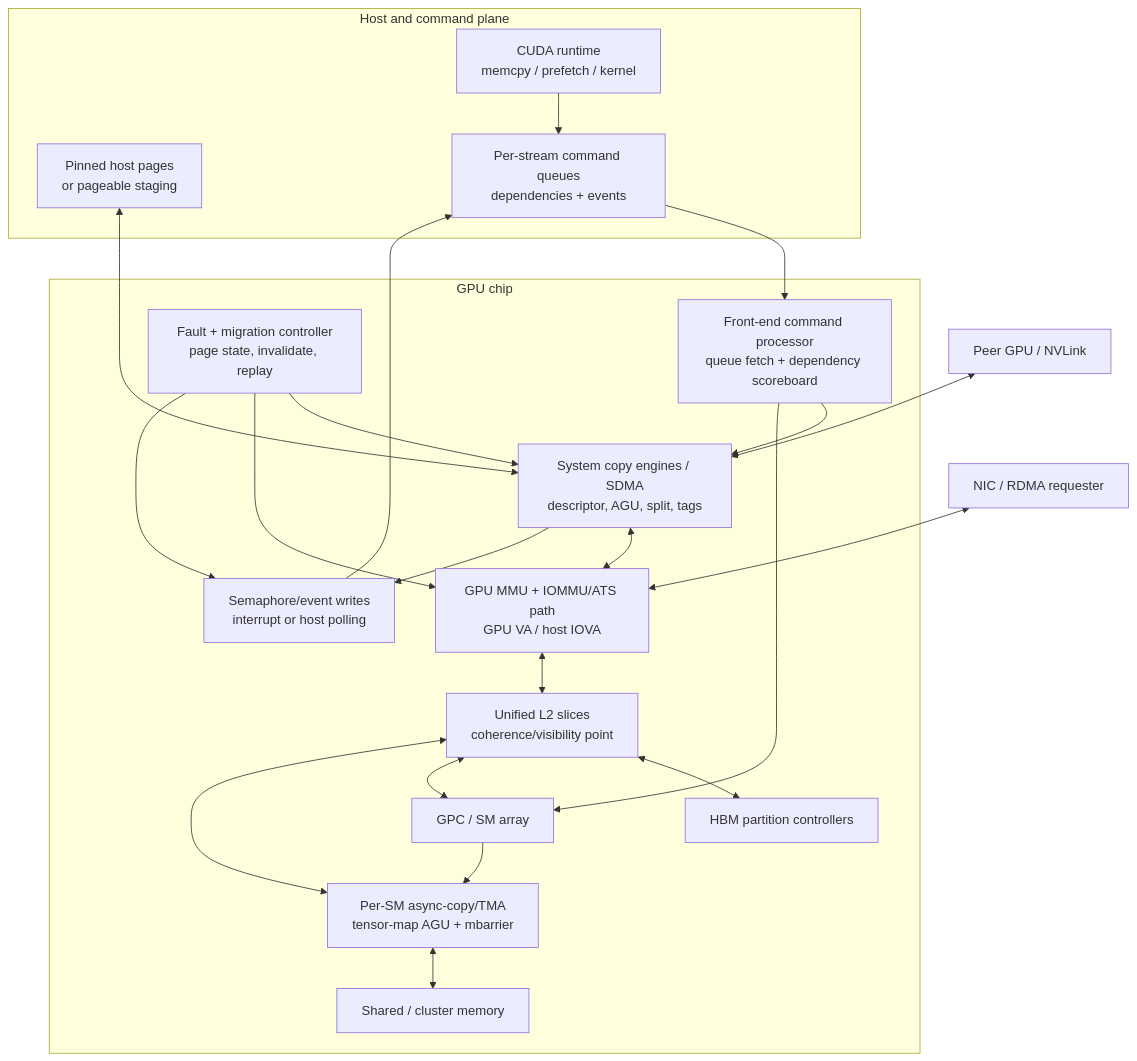
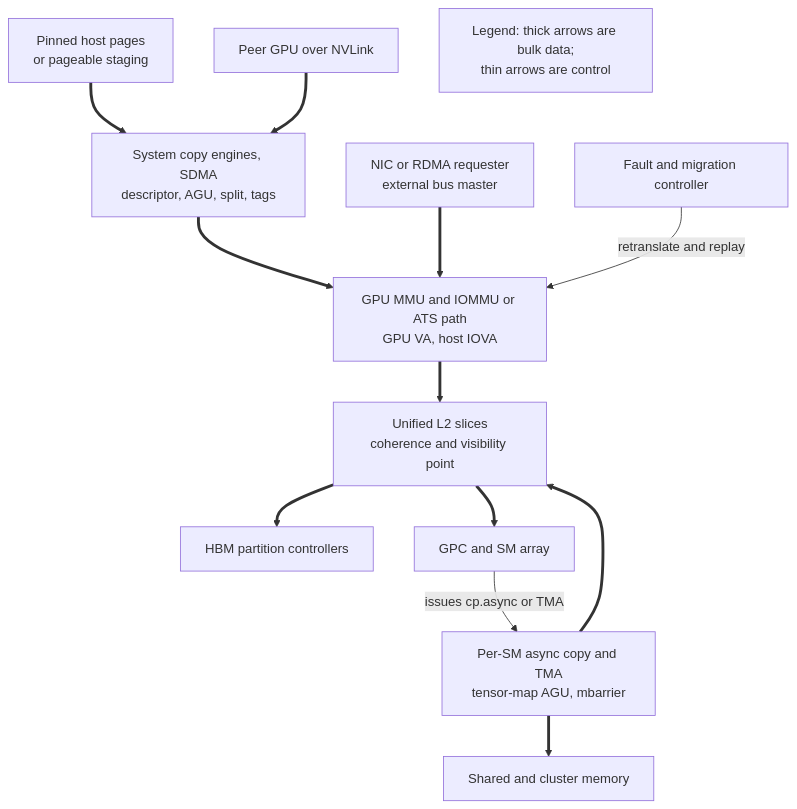
Before and after one commit to Wty2003328/silicon-design-notebook: the tenth of 10 diagrams in 01_Architecture_and_PPA/02_GPU_Architecture/01_Core_Architecture/01_GPU_Architecture.md, drawn with Mermaid. The commit also changed other lines of this file and 125 other files, not shown here.

First line of the commit message:
Complete the AMBA family, refresh the learning path, and make every figure and formula actually render

````diff
--- a/01_Architecture_and_PPA/02_GPU_Architecture/01_Core_Architecture/01_GPU_Architecture.md
+++ b/01_Architecture_and_PPA/02_GPU_Architecture/01_Core_Architecture/01_GPU_Architecture.md
@@ -536,38 +558,15 @@
 ```mermaid
 flowchart TB
-    subgraph HOST["Host and command plane"]
-        API["CUDA runtime<br/>memcpy / prefetch / kernel"]
-        PIN["Pinned host pages<br/>or pageable staging"]
-        SQ["Per-stream command queues<br/>dependencies + events"]
-    end
-
-    subgraph GPU["GPU chip"]
-        CP["Front-end command processor<br/>queue fetch + dependency scoreboard"]
-        CE["System copy engines / SDMA<br/>descriptor, AGU, split, tags"]
-        MMU["GPU MMU + IOMMU/ATS path<br/>GPU VA / host IOVA"]
-        PF["Fault + migration controller<br/>page state, invalidate, replay"]
-        L2["Unified L2 slices<br/>coherence/visibility point"]
-        HBM["HBM partition controllers"]
-        GPC["GPC / SM array"]
-        TMA["Per-SM async-copy/TMA<br/>tensor-map AGU + mbarrier"]
-        SMEM["Shared / cluster memory"]
-        CMP["Semaphore/event writes<br/>interrupt or host polling"]
-    end
-
-    PEER["Peer GPU / NVLink"] <--> CE
-    NIC["NIC / RDMA requester"] <--> MMU
-    API --> SQ --> CP
-    PIN <--> CE
-    CP --> CE
-    CP --> GPC
-    CE <--> MMU <--> L2 <--> HBM
-    PF --> CE
-    PF --> MMU
-    L2 <--> GPC
-    GPC --> TMA
-    TMA <--> L2
-    TMA <--> SMEM
-    CE --> CMP
-    PF --> CMP
-    CMP --> SQ
+    PIN["Pinned host pages<br/>or pageable staging"] ==> CE["System copy engines, SDMA<br/>descriptor, AGU, split, tags"]
+    PEER["Peer GPU over NVLink"] ==> CE
+    CE ==> MMU["GPU MMU and IOMMU or ATS path<br/>GPU VA, host IOVA"]
+    NIC["NIC or RDMA requester<br/>external bus master"] ==> MMU
+    MMU ==> L2["Unified L2 slices<br/>coherence and visibility point"]
+    L2 ==> HBM["HBM partition controllers"]
+    GPC["GPC and SM array"] -->|"issues cp.async or TMA"| TMA["Per-SM async copy and TMA<br/>tensor-map AGU, mbarrier"]
+    TMA ==> SMEM["Shared and cluster memory"]
+    TMA ==> L2
+    L2 ==> GPC
+    PF["Fault and migration controller"] -->|"retranslate and replay"| MMU
+    LEG["Legend: thick arrows are bulk data;<br/>thin arrows are control"]
 ```
````
